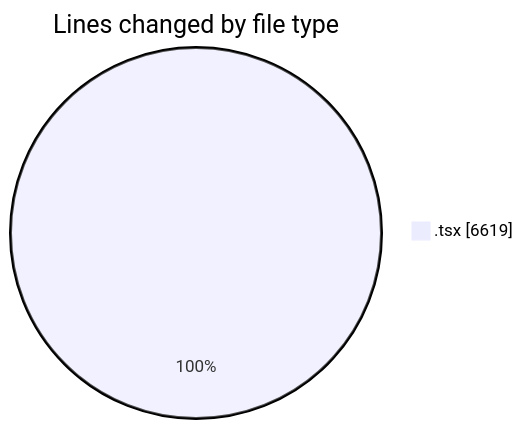
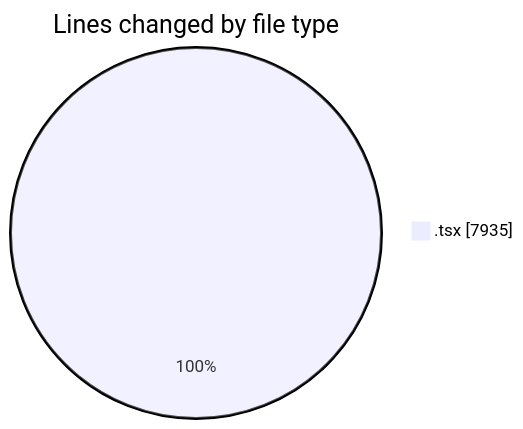
Before and after one commit to nxtqubesakshisongat/code-tracking: the first of 2 diagrams in 2026-03-05/nxtqube_webapp/README.md, drawn with Mermaid. The commit also changed other lines of this file and 1 other file, not shown here.

````diff
--- a/2026-03-05/nxtqube_webapp/README.md
+++ b/2026-03-05/nxtqube_webapp/README.md
@@ -27,5 +29,5 @@
 ```mermaid
 pie showData
 title Lines changed by file type
-".tsx" : 6619
+".tsx" : 7935
 ```
````
